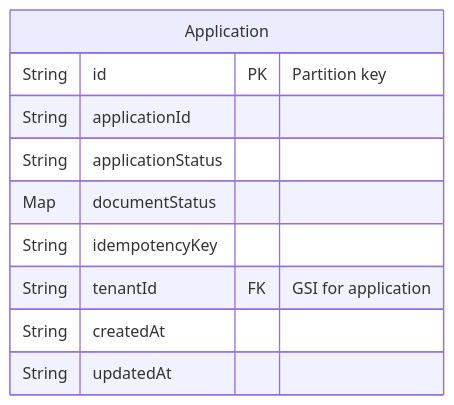
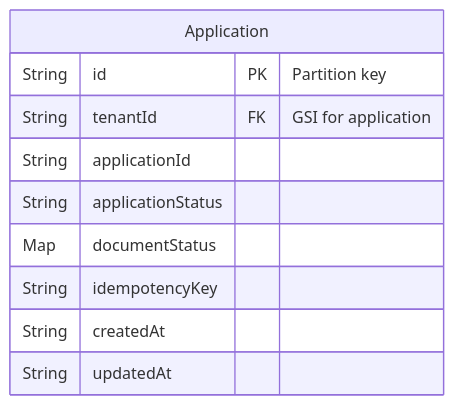
Before and after one commit to roshanind/aws-cdk-documentation: the first of 6 diagrams in db.sample.md, drawn with Mermaid. The commit also changed other lines of this file, not shown here.

````diff
--- a/db.sample.md
+++ b/db.sample.md
@@ -34,14 +34,14 @@
 ```mermaid
 erDiagram
 Application {
     String id PK "Partition key"
+    String tenantId FK "GSI for application"
     String applicationId
     String applicationStatus
     Map documentStatus
     String idempotencyKey
-    String tenantId FK "GSI for application"
     String createdAt
     String updatedAt
 }
 
 ```
````
